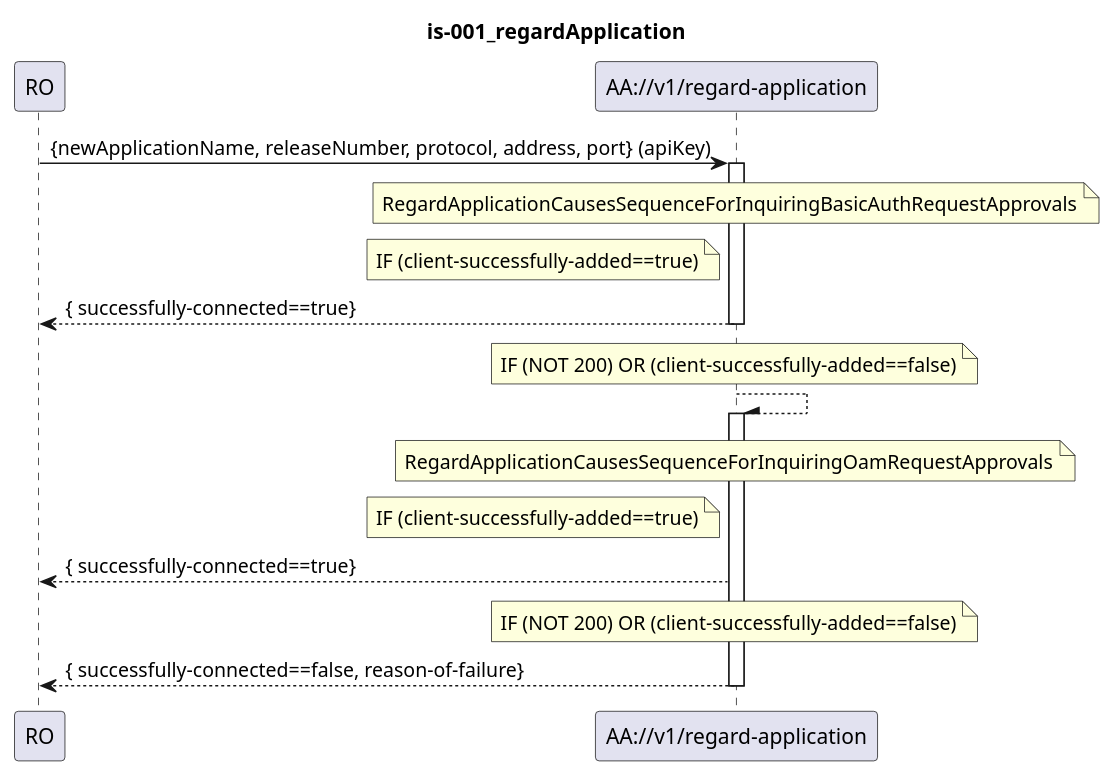
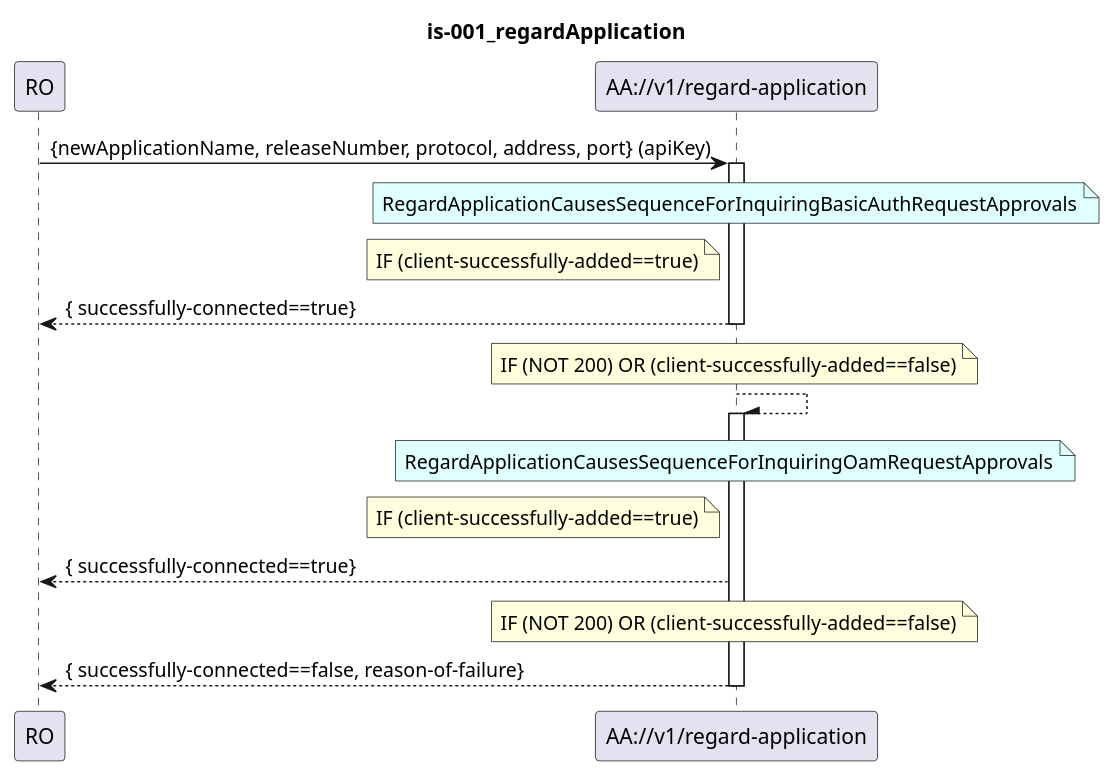
Before and after one commit to openBackhaul/AdministratorAdministration: the diagram in spec/diagrams/ServiceView/is001_regardApplication.plantuml, drawn with PlantUML. The commit also changed 6 other files, not shown here.

```diff
--- a/spec/diagrams/ServiceView/is001_regardApplication.plantuml
+++ b/spec/diagrams/ServiceView/is001_regardApplication.plantuml
@@ -1,50 +1,50 @@
 @startuml is001_regardApplication
 skinparam responseMessageBelowArrow true
 
 title
 is-001_regardApplication
 end title
 
 participant "RO" as ro
 participant "AA://v1/regard-application" as aa
 
 ro -> aa : {newApplicationName, releaseNumber, protocol, address, port} (apiKey)
 activate aa
 
-  note over aa
+  note over aa #LightCyan
   RegardApplicationCausesSequenceForInquiringBasicAuthRequestApprovals
   end note
 
   note left aa
   IF (client-successfully-added==true)
   end note
   aa --> ro : { successfully-connected==true}
 
 deactivate aa
 
 note over aa
 IF (NOT 200) OR (client-successfully-added==false)
 end note
 
 aa --\ aa 
 
 activate aa
 
-  note over aa
+  note over aa #LightCyan
   RegardApplicationCausesSequenceForInquiringOamRequestApprovals
   end note
 
   note left aa
   IF (client-successfully-added==true)
   end note
   aa --> ro : { successfully-connected==true}
 
   note over aa
   IF (NOT 200) OR (client-successfully-added==false)
   end note
 
   aa --> ro : { successfully-connected==false, reason-of-failure}
 
 deactivate aa
 
 @enduml
```
